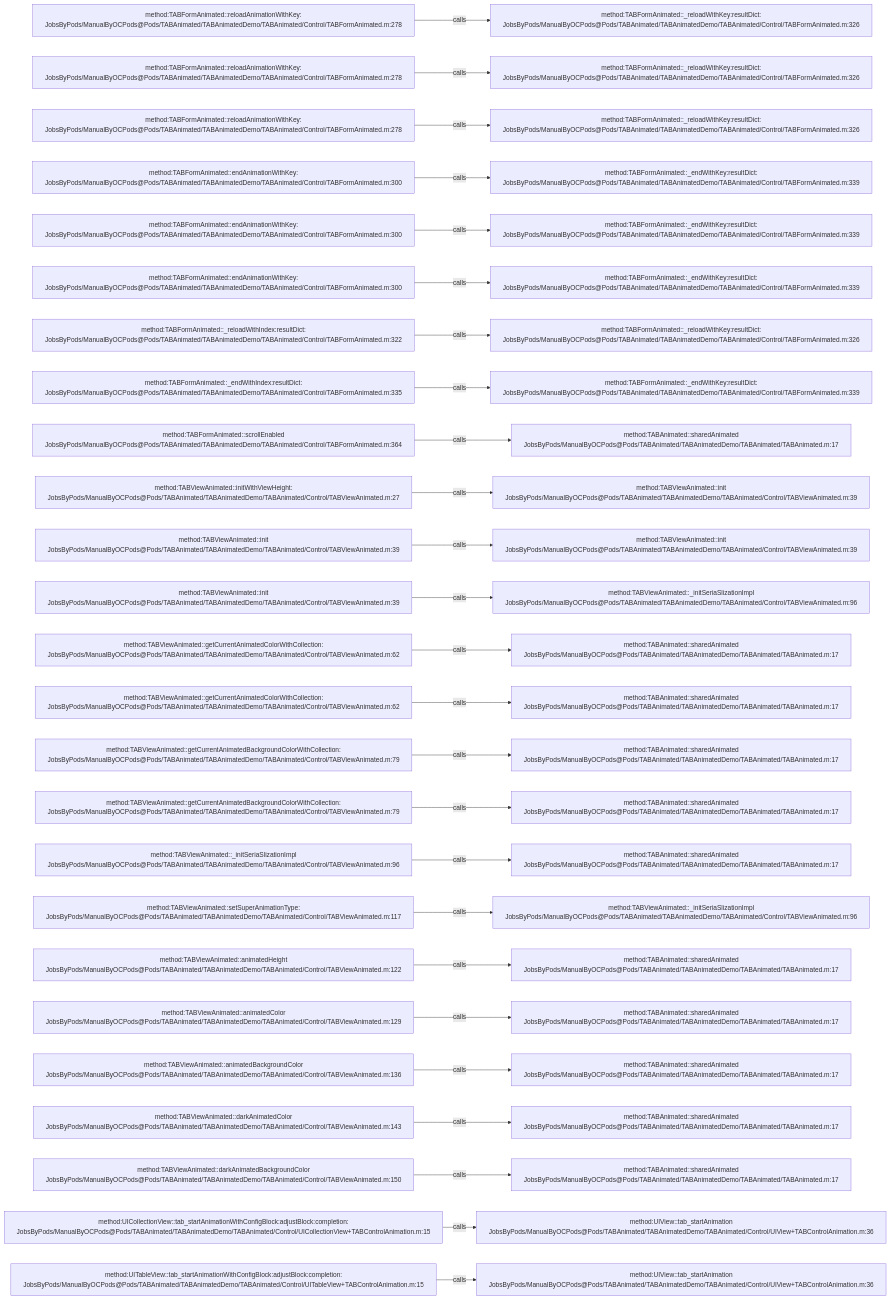
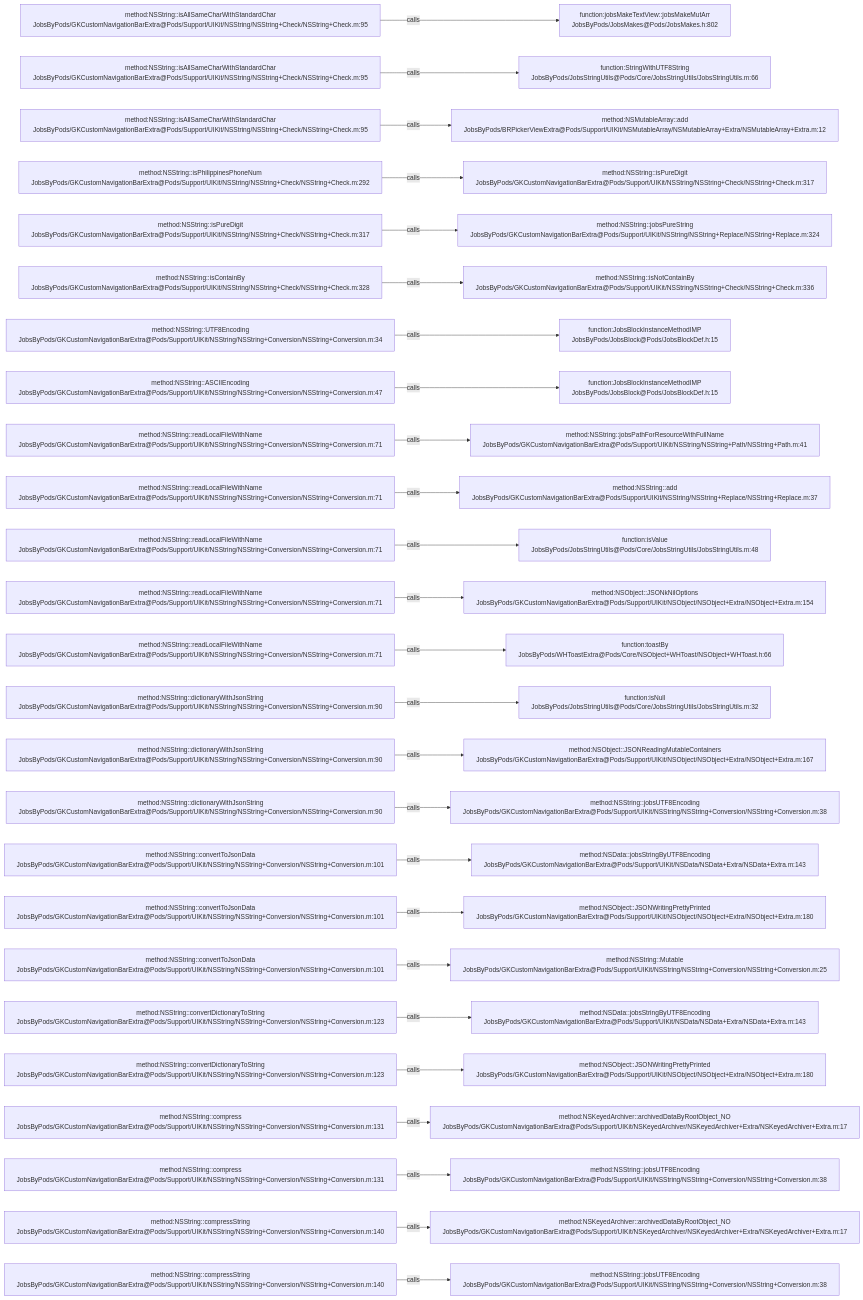
The diagram in .codegraph/codegraph.md/graphs/calls-015.md (JobsKits/JobsOCBaseConfigDemo), drawn with Mermaid before and after one commit. The commit also changed 768 other files, not shown here.

````diff
--- a/.codegraph/codegraph.md/graphs/calls-015.md
+++ b/.codegraph/codegraph.md/graphs/calls-015.md
@@ -13,78 +13,78 @@
 ```mermaid
 flowchart LR
-  S1["method:TABFormAnimated::reloadAnimationWithKey:<br/>JobsByPods/ManualByOCPods@Pods/TABAnimated/TABAnimatedDemo/TABAnimated/Control/TABFormAnimated.m:278"]
-  T1["method:TABFormAnimated::_reloadWithKey:resultDict:<br/>JobsByPods/ManualByOCPods@Pods/TABAnimated/TABAnimatedDemo/TABAnimated/Control/TABFormAnimated.m:326"]
+  S1["method:NSString::isAllSameCharWithStandardChar<br/>JobsByPods/GKCustomNavigationBarExtra@Pods/Support/UIKit/NSString/NSString+Check/NSString+Check.m:95"]
+  T1["function:jobsMakeTextView::jobsMakeMutArr<br/>JobsByPods/JobsMakes@Pods/JobsMakes.h:802"]
   S1 -->|calls| T1
-  S2["method:TABFormAnimated::reloadAnimationWithKey:<br/>JobsByPods/ManualByOCPods@Pods/TABAnimated/TABAnimatedDemo/TABAnimated/Control/TABFormAnimated.m:278"]
-  T2["method:TABFormAnimated::_reloadWithKey:resultDict:<br/>JobsByPods/ManualByOCPods@Pods/TABAnimated/TABAnimatedDemo/TABAnimated/Control/TABFormAnimated.m:326"]
+  S2["method:NSString::isAllSameCharWithStandardChar<br/>JobsByPods/GKCustomNavigationBarExtra@Pods/Support/UIKit/NSString/NSString+Check/NSString+Check.m:95"]
+  T2["function:StringWithUTF8String<br/>JobsByPods/JobsStringUtils@Pods/Core/JobsStringUtils/JobsStringUtils.m:66"]
   S2 -->|calls| T2
-  S3["method:TABFormAnimated::reloadAnimationWithKey:<br/>JobsByPods/ManualByOCPods@Pods/TABAnimated/TABAnimatedDemo/TABAnimated/Control/TABFormAnimated.m:278"]
-  T3["method:TABFormAnimated::_reloadWithKey:resultDict:<br/>JobsByPods/ManualByOCPods@Pods/TABAnimated/TABAnimatedDemo/TABAnimated/Control/TABFormAnimated.m:326"]
+  S3["method:NSString::isAllSameCharWithStandardChar<br/>JobsByPods/GKCustomNavigationBarExtra@Pods/Support/UIKit/NSString/NSString+Check/NSString+Check.m:95"]
+  T3["method:NSMutableArray::add<br/>JobsByPods/BRPickerViewExtra@Pods/Support/UIKit/NSMutableArray/NSMutableArray+Extra/NSMutableArray+Extra.m:12"]
   S3 -->|calls| T3
-  S4["method:TABFormAnimated::endAnimationWithKey:<br/>JobsByPods/ManualByOCPods@Pods/TABAnimated/TABAnimatedDemo/TABAnimated/Control/TABFormAnimated.m:300"]
-  T4["method:TABFormAnimated::_endWithKey:resultDict:<br/>JobsByPods/ManualByOCPods@Pods/TABAnimated/TABAnimatedDemo/TABAnimated/Control/TABFormAnimated.m:339"]
+  S4["method:NSString::isPhilippinesPhoneNum<br/>JobsByPods/GKCustomNavigationBarExtra@Pods/Support/UIKit/NSString/NSString+Check/NSString+Check.m:292"]
+  T4["method:NSString::isPureDigit<br/>JobsByPods/GKCustomNavigationBarExtra@Pods/Support/UIKit/NSString/NSString+Check/NSString+Check.m:317"]
   S4 -->|calls| T4
-  S5["method:TABFormAnimated::endAnimationWithKey:<br/>JobsByPods/ManualByOCPods@Pods/TABAnimated/TABAnimatedDemo/TABAnimated/Control/TABFormAnimated.m:300"]
-  T5["method:TABFormAnimated::_endWithKey:resultDict:<br/>JobsByPods/ManualByOCPods@Pods/TABAnimated/TABAnimatedDemo/TABAnimated/Control/TABFormAnimated.m:339"]
+  S5["method:NSString::isPureDigit<br/>JobsByPods/GKCustomNavigationBarExtra@Pods/Support/UIKit/NSString/NSString+Check/NSString+Check.m:317"]
+  T5["method:NSString::jobsPureString<br/>JobsByPods/GKCustomNavigationBarExtra@Pods/Support/UIKit/NSString/NSString+Replace/NSString+Replace.m:324"]
   S5 -->|calls| T5
-  S6["method:TABFormAnimated::endAnimationWithKey:<br/>JobsByPods/ManualByOCPods@Pods/TABAnimated/TABAnimatedDemo/TABAnimated/Control/TABFormAnimated.m:300"]
-  T6["method:TABFormAnimated::_endWithKey:resultDict:<br/>JobsByPods/ManualByOCPods@Pods/TABAnimated/TABAnimatedDemo/TABAnimated/Control/TABFormAnimated.m:339"]
+  S6["method:NSString::isContainBy<br/>JobsByPods/GKCustomNavigationBarExtra@Pods/Support/UIKit/NSString/NSString+Check/NSString+Check.m:328"]
+  T6["method:NSString::isNotContainBy<br/>JobsByPods/GKCustomNavigationBarExtra@Pods/Support/UIKit/NSString/NSString+Check/NSString+Check.m:336"]
   S6 -->|calls| T6
-  S7["method:TABFormAnimated::_reloadWithIndex:resultDict:<br/>JobsByPods/ManualByOCPods@Pods/TABAnimated/TABAnimatedDemo/TABAnimated/Control/TABFormAnimated.m:322"]
-  T7["method:TABFormAnimated::_reloadWithKey:resultDict:<br/>JobsByPods/ManualByOCPods@Pods/TABAnimated/TABAnimatedDemo/TABAnimated/Control/TABFormAnimated.m:326"]
+  S7["method:NSString::UTF8Encoding<br/>JobsByPods/GKCustomNavigationBarExtra@Pods/Support/UIKit/NSString/NSString+Conversion/NSString+Conversion.m:34"]
+  T7["function:JobsBlockInstanceMethodIMP<br/>JobsByPods/JobsBlock@Pods/JobsBlockDef.h:15"]
   S7 -->|calls| T7
-  S8["method:TABFormAnimated::_endWithIndex:resultDict:<br/>JobsByPods/ManualByOCPods@Pods/TABAnimated/TABAnimatedDemo/TABAnimated/Control/TABFormAnimated.m:335"]
-  T8["method:TABFormAnimated::_endWithKey:resultDict:<br/>JobsByPods/ManualByOCPods@Pods/TABAnimated/TABAnimatedDemo/TABAnimated/Control/TABFormAnimated.m:339"]
+  S8["method:NSString::ASCIIEncoding<br/>JobsByPods/GKCustomNavigationBarExtra@Pods/Support/UIKit/NSString/NSString+Conversion/NSString+Conversion.m:47"]
+  T8["function:JobsBlockInstanceMethodIMP<br/>JobsByPods/JobsBlock@Pods/JobsBlockDef.h:15"]
   S8 -->|calls| T8
-  S9["method:TABFormAnimated::scrollEnabled<br/>JobsByPods/ManualByOCPods@Pods/TABAnimated/TABAnimatedDemo/TABAnimated/Control/TABFormAnimated.m:364"]
-  T9["method:TABAnimated::sharedAnimated<br/>JobsByPods/ManualByOCPods@Pods/TABAnimated/TABAnimatedDemo/TABAnimated/TABAnimated.m:17"]
+  S9["method:NSString::readLocalFileWithName<br/>JobsByPods/GKCustomNavigationBarExtra@Pods/Support/UIKit/NSString/NSString+Conversion/NSString+Conversion.m:71"]
+  T9["method:NSString::jobsPathForResourceWithFullName<br/>JobsByPods/GKCustomNavigationBarExtra@Pods/Support/UIKit/NSString/NSString+Path/NSString+Path.m:41"]
   S9 -->|calls| T9
-  S10["method:TABViewAnimated::initWithViewHeight:<br/>JobsByPods/ManualByOCPods@Pods/TABAnimated/TABAnimatedDemo/TABAnimated/Control/TABViewAnimated.m:27"]
-  T10["method:TABViewAnimated::init<br/>JobsByPods/ManualByOCPods@Pods/TABAnimated/TABAnimatedDemo/TABAnimated/Control/TABViewAnimated.m:39"]
+  S10["method:NSString::readLocalFileWithName<br/>JobsByPods/GKCustomNavigationBarExtra@Pods/Support/UIKit/NSString/NSString+Conversion/NSString+Conversion.m:71"]
+  T10["method:NSString::add<br/>JobsByPods/GKCustomNavigationBarExtra@Pods/Support/UIKit/NSString/NSString+Replace/NSString+Replace.m:37"]
   S10 -->|calls| T10
-  S11["method:TABViewAnimated::init<br/>JobsByPods/ManualByOCPods@Pods/TABAnimated/TABAnimatedDemo/TABAnimated/Control/TABViewAnimated.m:39"]
-  T11["method:TABViewAnimated::init<br/>JobsByPods/ManualByOCPods@Pods/TABAnimated/TABAnimatedDemo/TABAnimated/Control/TABViewAnimated.m:39"]
+  S11["method:NSString::readLocalFileWithName<br/>JobsByPods/GKCustomNavigationBarExtra@Pods/Support/UIKit/NSString/NSString+Conversion/NSString+Conversion.m:71"]
+  T11["function:isValue<br/>JobsByPods/JobsStringUtils@Pods/Core/JobsStringUtils/JobsStringUtils.m:48"]
   S11 -->|calls| T11
-  S12["method:TABViewAnimated::init<br/>JobsByPods/ManualByOCPods@Pods/TABAnimated/TABAnimatedDemo/TABAnimated/Control/TABViewAnimated.m:39"]
-  T12["method:TABViewAnimated::_initSeriaSlizationImpl<br/>JobsByPods/ManualByOCPods@Pods/TABAnimated/TABAnimatedDemo/TABAnimated/Control/TABViewAnimated.m:96"]
+  S12["method:NSString::readLocalFileWithName<br/>JobsByPods/GKCustomNavigationBarExtra@Pods/Support/UIKit/NSString/NSString+Conversion/NSString+Conversion.m:71"]
+  T12["method:NSObject::JSONkNilOptions<br/>JobsByPods/GKCustomNavigationBarExtra@Pods/Support/UIKit/NSObject/NSObject+Extra/NSObject+Extra.m:154"]
   S12 -->|calls| T12
-  S13["method:TABViewAnimated::getCurrentAnimatedColorWithCollection:<br/>JobsByPods/ManualByOCPods@Pods/TABAnimated/TABAnimatedDemo/TABAnimated/Control/TABViewAnimated.m:62"]
-  T13["method:TABAnimated::sharedAnimated<br/>JobsByPods/ManualByOCPods@Pods/TABAnimated/TABAnimatedDemo/TABAnimated/TABAnimated.m:17"]
+  S13["method:NSString::readLocalFileWithName<br/>JobsByPods/GKCustomNavigationBarExtra@Pods/Support/UIKit/NSString/NSString+Conversion/NSString+Conversion.m:71"]
+  T13["function:toastBy<br/>JobsByPods/WHToastExtra@Pods/Core/NSObject+WHToast/NSObject+WHToast.h:66"]
   S13 -->|calls| T13
-  S14["method:TABViewAnimated::getCurrentAnimatedColorWithCollection:<br/>JobsByPods/ManualByOCPods@Pods/TABAnimated/TABAnimatedDemo/TABAnimated/Control/TABViewAnimated.m:62"]
-  T14["method:TABAnimated::sharedAnimated<br/>JobsByPods/ManualByOCPods@Pods/TABAnimated/TABAnimatedDemo/TABAnimated/TABAnimated.m:17"]
+  S14["method:NSString::dictionaryWithJsonString<br/>JobsByPods/GKCustomNavigationBarExtra@Pods/Support/UIKit/NSString/NSString+Conversion/NSString+Conversion.m:90"]
+  T14["function:isNull<br/>JobsByPods/JobsStringUtils@Pods/Core/JobsStringUtils/JobsStringUtils.m:32"]
   S14 -->|calls| T14
-  S15["method:TABViewAnimated::getCurrentAnimatedBackgroundColorWithCollection:<br/>JobsByPods/ManualByOCPods@Pods/TABAnimated/TABAnimatedDemo/TABAnimated/Control/TABViewAnimated.m:79"]
-  T15["method:TABAnimated::sharedAnimated<br/>JobsByPods/ManualByOCPods@Pods/TABAnimated/TABAnimatedDemo/TABAnimated/TABAnimated.m:17"]
+  S15["method:NSString::dictionaryWithJsonString<br/>JobsByPods/GKCustomNavigationBarExtra@Pods/Support/UIKit/NSString/NSString+Conversion/NSString+Conversion.m:90"]
+  T15["method:NSObject::JSONReadingMutableContainers<br/>JobsByPods/GKCustomNavigationBarExtra@Pods/Support/UIKit/NSObject/NSObject+Extra/NSObject+Extra.m:167"]
   S15 -->|calls| T15
-  S16["method:TABViewAnimated::getCurrentAnimatedBackgroundColorWithCollection:<br/>JobsByPods/ManualByOCPods@Pods/TABAnimated/TABAnimatedDemo/TABAnimated/Control/TABViewAnimated.m:79"]
-  T16["method:TABAnimated::sharedAnimated<br/>JobsByPods/ManualByOCPods@Pods/TABAnimated/TABAnimatedDemo/TABAnimated/TABAnimated.m:17"]
+  S16["method:NSString::dictionaryWithJsonString<br/>JobsByPods/GKCustomNavigationBarExtra@Pods/Support/UIKit/NSString/NSString+Conversion/NSString+Conversion.m:90"]
+  T16["method:NSString::jobsUTF8Encoding<br/>JobsByPods/GKCustomNavigationBarExtra@Pods/Support/UIKit/NSString/NSString+Conversion/NSString+Conversion.m:38"]
   S16 -->|calls| T16
-  S17["method:TABViewAnimated::_initSeriaSlizationImpl<br/>JobsByPods/ManualByOCPods@Pods/TABAnimated/TABAnimatedDemo/TABAnimated/Control/TABViewAnimated.m:96"]
-  T17["method:TABAnimated::sharedAnimated<br/>JobsByPods/ManualByOCPods@Pods/TABAnimated/TABAnimatedDemo/TABAnimated/TABAnimated.m:17"]
+  S17["method:NSString::convertToJsonData<br/>JobsByPods/GKCustomNavigationBarExtra@Pods/Support/UIKit/NSString/NSString+Conversion/NSString+Conversion.m:101"]
+  T17["method:NSData::jobsStringByUTF8Encoding<br/>JobsByPods/GKCustomNavigationBarExtra@Pods/Support/UIKit/NSData/NSData+Extra/NSData+Extra.m:143"]
   S17 -->|calls| T17
-  S18["method:TABViewAnimated::setSuperAnimationType:<br/>JobsByPods/ManualByOCPods@Pods/TABAnimated/TABAnimatedDemo/TABAnimated/Control/TABViewAnimated.m:117"]
-  T18["method:TABViewAnimated::_initSeriaSlizationImpl<br/>JobsByPods/ManualByOCPods@Pods/TABAnimated/TABAnimatedDemo/TABAnimated/Control/TABViewAnimated.m:96"]
+  S18["method:NSString::convertToJsonData<br/>JobsByPods/GKCustomNavigationBarExtra@Pods/Support/UIKit/NSString/NSString+Conversion/NSString+Conversion.m:101"]
+  T18["method:NSObject::JSONWritingPrettyPrinted<br/>JobsByPods/GKCustomNavigationBarExtra@Pods/Support/UIKit/NSObject/NSObject+Extra/NSObject+Extra.m:180"]
   S18 -->|calls| T18
-  S19["method:TABViewAnimated::animatedHeight<br/>JobsByPods/ManualByOCPods@Pods/TABAnimated/TABAnimatedDemo/TABAnimated/Control/TABViewAnimated.m:122"]
-  T19["method:TABAnimated::sharedAnimated<br/>JobsByPods/ManualByOCPods@Pods/TABAnimated/TABAnimatedDemo/TABAnimated/TABAnimated.m:17"]
+  S19["method:NSString::convertToJsonData<br/>JobsByPods/GKCustomNavigationBarExtra@Pods/Support/UIKit/NSString/NSString+Conversion/NSString+Conversion.m:101"]
+  T19["method:NSString::Mutable<br/>JobsByPods/GKCustomNavigationBarExtra@Pods/Support/UIKit/NSString/NSString+Conversion/NSString+Conversion.m:25"]
   S19 -->|calls| T19
-  S20["method:TABViewAnimated::animatedColor<br/>JobsByPods/ManualByOCPods@Pods/TABAnimated/TABAnimatedDemo/TABAnimated/Control/TABViewAnimated.m:129"]
-  T20["method:TABAnimated::sharedAnimated<br/>JobsByPods/ManualByOCPods@Pods/TABAnimated/TABAnimatedDemo/TABAnimated/TABAnimated.m:17"]
+  S20["method:NSString::convertDictionaryToString<br/>JobsByPods/GKCustomNavigationBarExtra@Pods/Support/UIKit/NSString/NSString+Conversion/NSString+Conversion.m:123"]
+  T20["method:NSData::jobsStringByUTF8Encoding<br/>JobsByPods/GKCustomNavigationBarExtra@Pods/Support/UIKit/NSData/NSData+Extra/NSData+Extra.m:143"]
   S20 -->|calls| T20
-  S21["method:TABViewAnimated::animatedBackgroundColor<br/>JobsByPods/ManualByOCPods@Pods/TABAnimated/TABAnimatedDemo/TABAnimated/Control/TABViewAnimated.m:136"]
-  T21["method:TABAnimated::sharedAnimated<br/>JobsByPods/ManualByOCPods@Pods/TABAnimated/TABAnimatedDemo/TABAnimated/TABAnimated.m:17"]
+  S21["method:NSString::convertDictionaryToString<br/>JobsByPods/GKCustomNavigationBarExtra@Pods/Support/UIKit/NSString/NSString+Conversion/NSString+Conversion.m:123"]
+  T21["method:NSObject::JSONWritingPrettyPrinted<br/>JobsByPods/GKCustomNavigationBarExtra@Pods/Support/UIKit/NSObject/NSObject+Extra/NSObject+Extra.m:180"]
   S21 -->|calls| T21
-  S22["method:TABViewAnimated::darkAnimatedColor<br/>JobsByPods/ManualByOCPods@Pods/TABAnimated/TABAnimatedDemo/TABAnimated/Control/TABViewAnimated.m:143"]
-  T22["method:TABAnimated::sharedAnimated<br/>JobsByPods/ManualByOCPods@Pods/TABAnimated/TABAnimatedDemo/TABAnimated/TABAnimated.m:17"]
+  S22["method:NSString::compress<br/>JobsByPods/GKCustomNavigationBarExtra@Pods/Support/UIKit/NSString/NSString+Conversion/NSString+Conversion.m:131"]
+  T22["method:NSKeyedArchiver::archivedDataByRootObject_NO<br/>JobsByPods/GKCustomNavigationBarExtra@Pods/Support/UIKit/NSKeyedArchiver/NSKeyedArchiver+Extra/NSKeyedArchiver+Extra.m:17"]
   S22 -->|calls| T22
-  S23["method:TABViewAnimated::darkAnimatedBackgroundColor<br/>JobsByPods/ManualByOCPods@Pods/TABAnimated/TABAnimatedDemo/TABAnimated/Control/TABViewAnimated.m:150"]
-  T23["method:TABAnimated::sharedAnimated<br/>JobsByPods/ManualByOCPods@Pods/TABAnimated/TABAnimatedDemo/TABAnimated/TABAnimated.m:17"]
+  S23["method:NSString::compress<br/>JobsByPods/GKCustomNavigationBarExtra@Pods/Support/UIKit/NSString/NSString+Conversion/NSString+Conversion.m:131"]
+  T23["method:NSString::jobsUTF8Encoding<br/>JobsByPods/GKCustomNavigationBarExtra@Pods/Support/UIKit/NSString/NSString+Conversion/NSString+Conversion.m:38"]
   S23 -->|calls| T23
-  S24["method:UICollectionView::tab_startAnimationWithConfigBlock:adjustBlock:completion:<br/>JobsByPods/ManualByOCPods@Pods/TABAnimated/TABAnimatedDemo/TABAnimated/Control/UICollectionView+TABControlAnimation.m:15"]
-  T24["method:UIView::tab_startAnimation<br/>JobsByPods/ManualByOCPods@Pods/TABAnimated/TABAnimatedDemo/TABAnimated/Control/UIView+TABControlAnimation.m:36"]
+  S24["method:NSString::compressString<br/>JobsByPods/GKCustomNavigationBarExtra@Pods/Support/UIKit/NSString/NSString+Conversion/NSString+Conversion.m:140"]
+  T24["method:NSKeyedArchiver::archivedDataByRootObject_NO<br/>JobsByPods/GKCustomNavigationBarExtra@Pods/Support/UIKit/NSKeyedArchiver/NSKeyedArchiver+Extra/NSKeyedArchiver+Extra.m:17"]
   S24 -->|calls| T24
-  S25["method:UITableView::tab_startAnimationWithConfigBlock:adjustBlock:completion:<br/>JobsByPods/ManualByOCPods@Pods/TABAnimated/TABAnimatedDemo/TABAnimated/Control/UITableView+TABControlAnimation.m:15"]
-  T25["method:UIView::tab_startAnimation<br/>JobsByPods/ManualByOCPods@Pods/TABAnimated/TABAnimatedDemo/TABAnimated/Control/UIView+TABControlAnimation.m:36"]
+  S25["method:NSString::compressString<br/>JobsByPods/GKCustomNavigationBarExtra@Pods/Support/UIKit/NSString/NSString+Conversion/NSString+Conversion.m:140"]
+  T25["method:NSString::jobsUTF8Encoding<br/>JobsByPods/GKCustomNavigationBarExtra@Pods/Support/UIKit/NSString/NSString+Conversion/NSString+Conversion.m:38"]
   S25 -->|calls| T25
 ```
````
